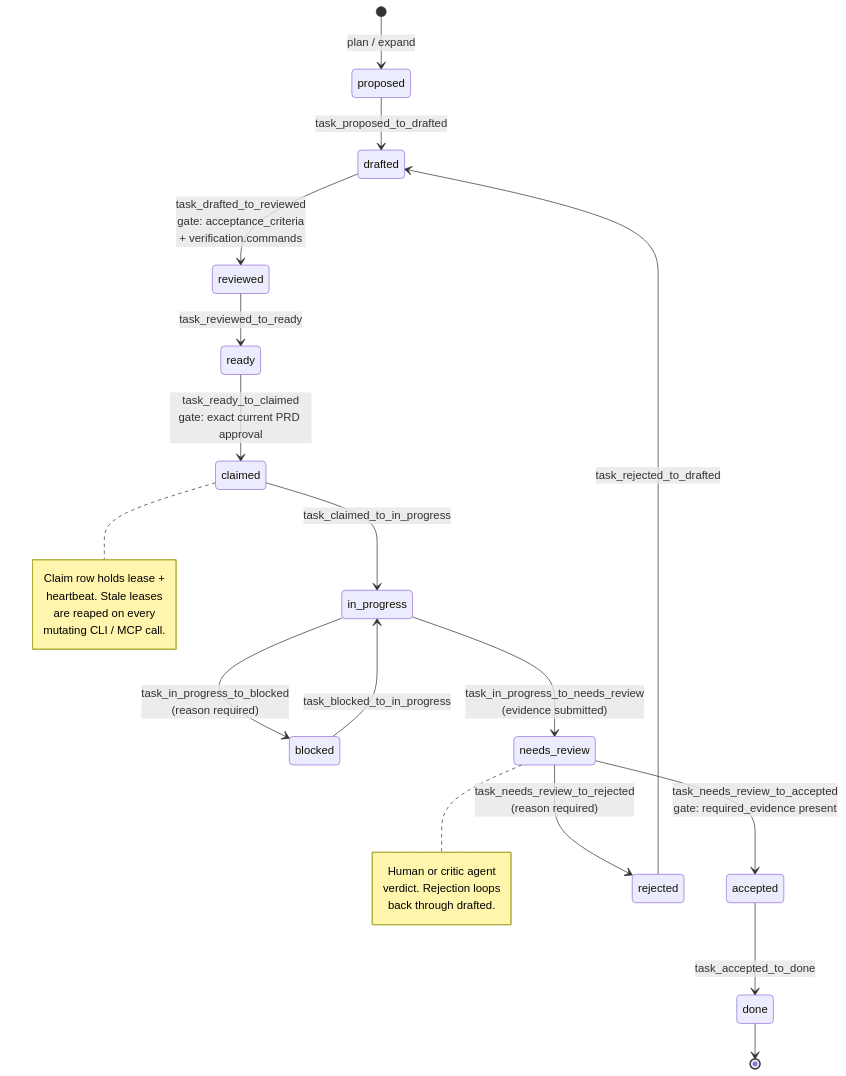
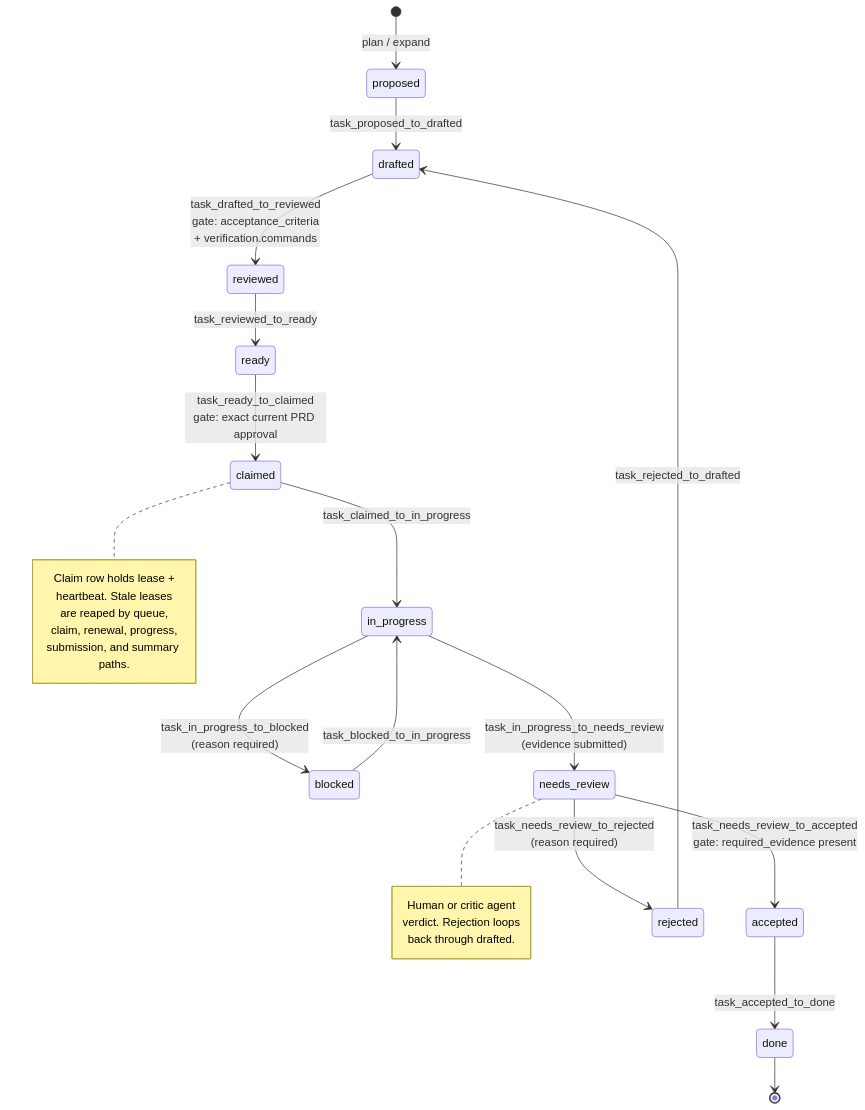
One commit to fakoli/anvil changed the second of 2 diagrams in docs/architecture.md. Above: the diagram before and after it, drawn with Mermaid. The commit also changed other lines of this file and 53 other files, not shown here.

````diff
--- a/docs/architecture.md
+++ b/docs/architecture.md
@@ -244,36 +244,37 @@
 ```mermaid
 stateDiagram-v2
     [*] --> proposed: plan / expand
 
     proposed --> drafted: task_proposed_to_drafted
     drafted --> reviewed: task_drafted_to_reviewed<br/>gate: acceptance_criteria<br/>+ verification.commands
     reviewed --> ready: task_reviewed_to_ready
     ready --> claimed: task_ready_to_claimed<br/>gate: exact current PRD approval
 
     claimed --> in_progress: task_claimed_to_in_progress
     in_progress --> blocked: task_in_progress_to_blocked<br/>(reason required)
     blocked --> in_progress: task_blocked_to_in_progress
 
     in_progress --> needs_review: task_in_progress_to_needs_review<br/>(evidence submitted)
 
     needs_review --> accepted: task_needs_review_to_accepted<br/>gate: required_evidence present
     needs_review --> rejected: task_needs_review_to_rejected<br/>(reason required)
 
     accepted --> done: task_accepted_to_done
     rejected --> drafted: task_rejected_to_drafted
 
     done --> [*]
 
     note right of claimed
         Claim row holds lease +
         heartbeat. Stale leases
-        are reaped on every
-        mutating CLI / MCP call.
+        are reaped by queue,
+        claim, renewal, progress,
+        submission, and summary paths.
     end note
 
     note right of needs_review
         Human or critic agent
         verdict. Rejection loops
         back through drafted.
     end note
 ```
````
